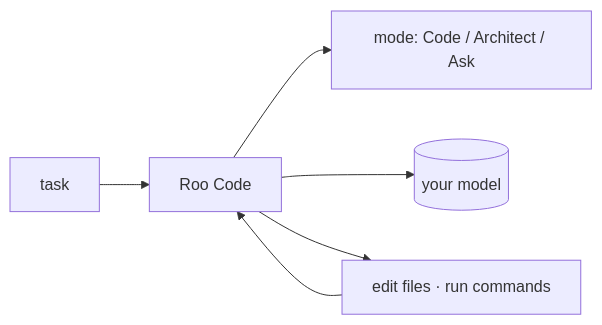
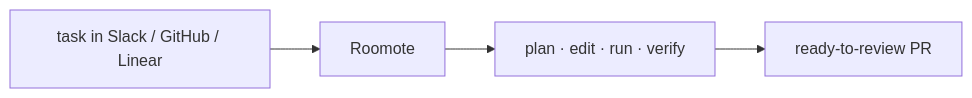
The diagram in src/content/stacks/en/roo-code.mdx (CodeCompose7/awesome-ai-stack), drawn with Mermaid before and after one commit. The commit also changed other lines of this file and 1 other file, not shown here.

First line of the commit message:
feat(stacks): rebrand Roo Code → Roomote (now a paid cloud agent)

````diff
--- a/src/content/stacks/en/roo-code.mdx
+++ b/src/content/stacks/en/roo-code.mdx
@@ -32,8 +19,6 @@
 ```mermaid
 flowchart LR
-  task[task] --> roo[Roo Code]
-  roo --> mode[mode: Code / Architect / Ask]
-  roo --> model[(your model)]
-  roo --> act[edit files · run commands]
-  act --> roo
+  task[task in Slack / GitHub / Linear] --> roomote[Roomote]
+  roomote --> work[plan · edit · run · verify]
+  work --> pr[ready-to-review PR]
 ```
````
